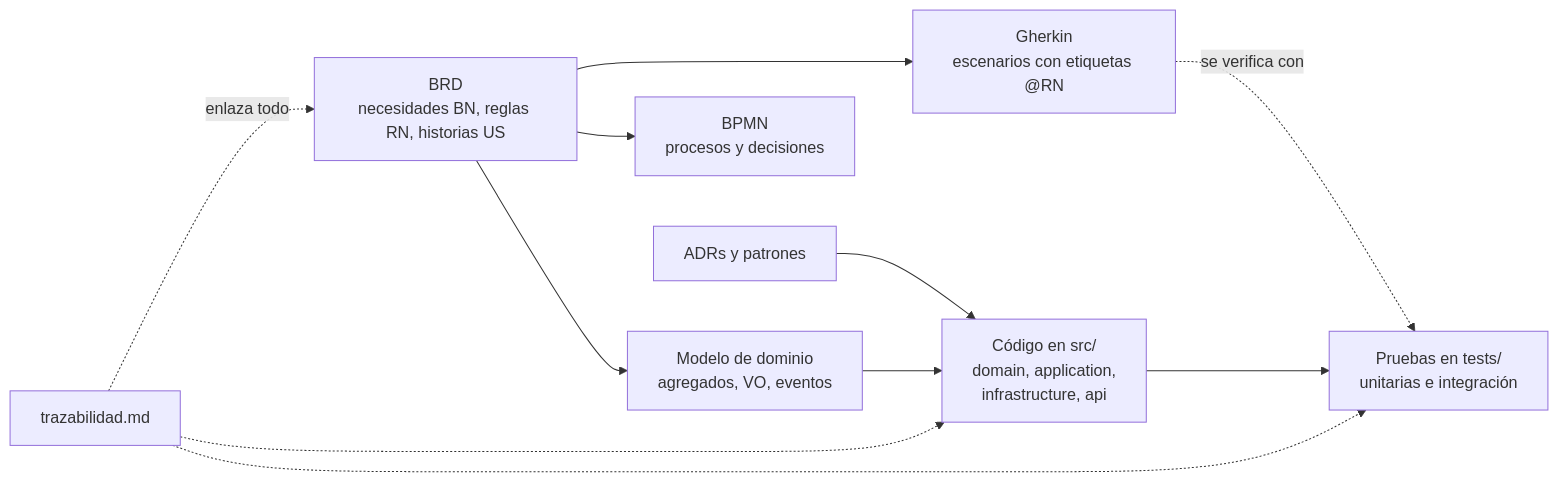
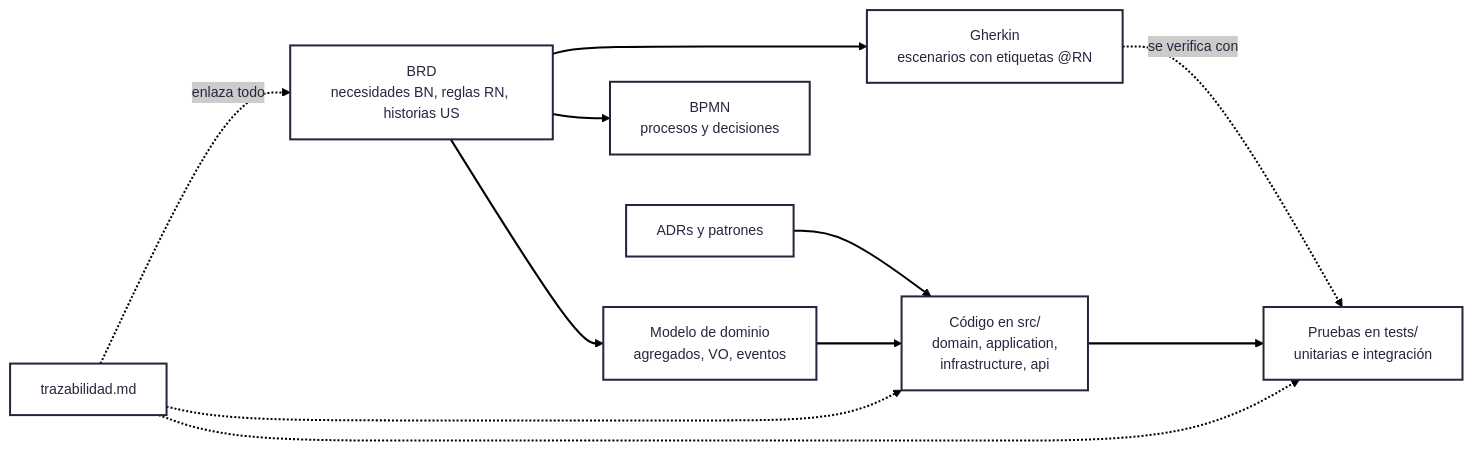
One commit to emmxnueo/fit-zone-cln changed the diagram in docs/architecture/README.md. Above: the diagram before and after it, drawn with Mermaid. The commit also changed other lines of this file and 2 other files, not shown here.

Commit message:
Diagramas UML de reservas y tema redux-color
Agrega el diagrama de clases de reservas y las secuencias de reservar,
cancelar y reloj, y aplica el mismo tema a todos los diagramas Mermaid.

````diff
--- a/docs/architecture/README.md
+++ b/docs/architecture/README.md
@@ -22,13 +22,17 @@
 ```mermaid
+---
+config:
+  theme: redux-color
+---
 flowchart LR
   BRD["BRD<br/>necesidades BN, reglas RN, historias US"] --> GH["Gherkin<br/>escenarios con etiquetas @RN"]
   BRD --> BPMN["BPMN<br/>procesos y decisiones"]
   BRD --> DOM["Modelo de dominio<br/>agregados, VO, eventos"]
   DOM --> COD["Código en src/<br/>domain, application,<br/>infrastructure, api"]
   COD --> TST["Pruebas en tests/<br/>unitarias e integración"]
   GH -. "se verifica con" .-> TST
   ADR["ADRs y patrones"] --> COD
   TRZ["trazabilidad.md"] -. "enlaza todo" .-> BRD
   TRZ -.-> COD
   TRZ -.-> TST
 ```
````
